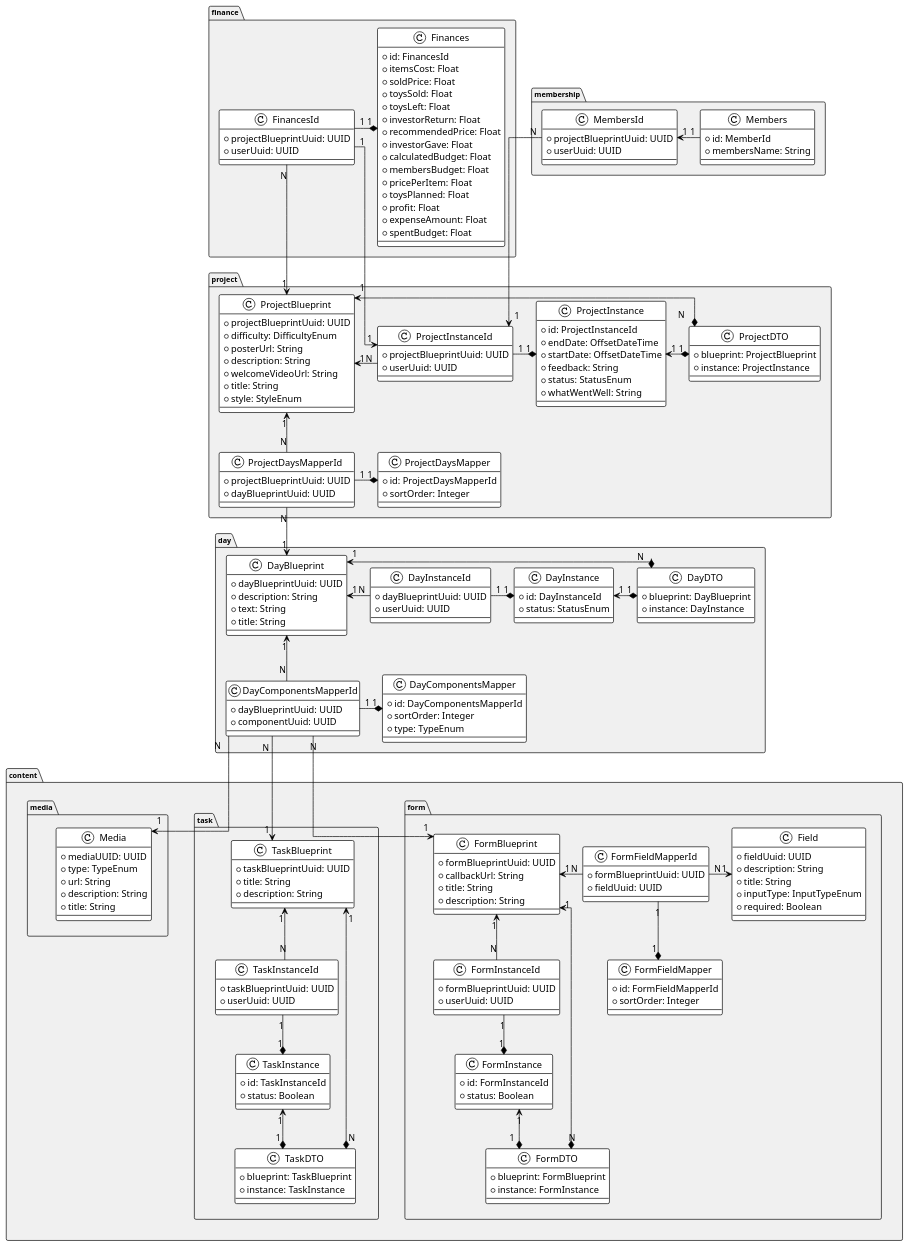
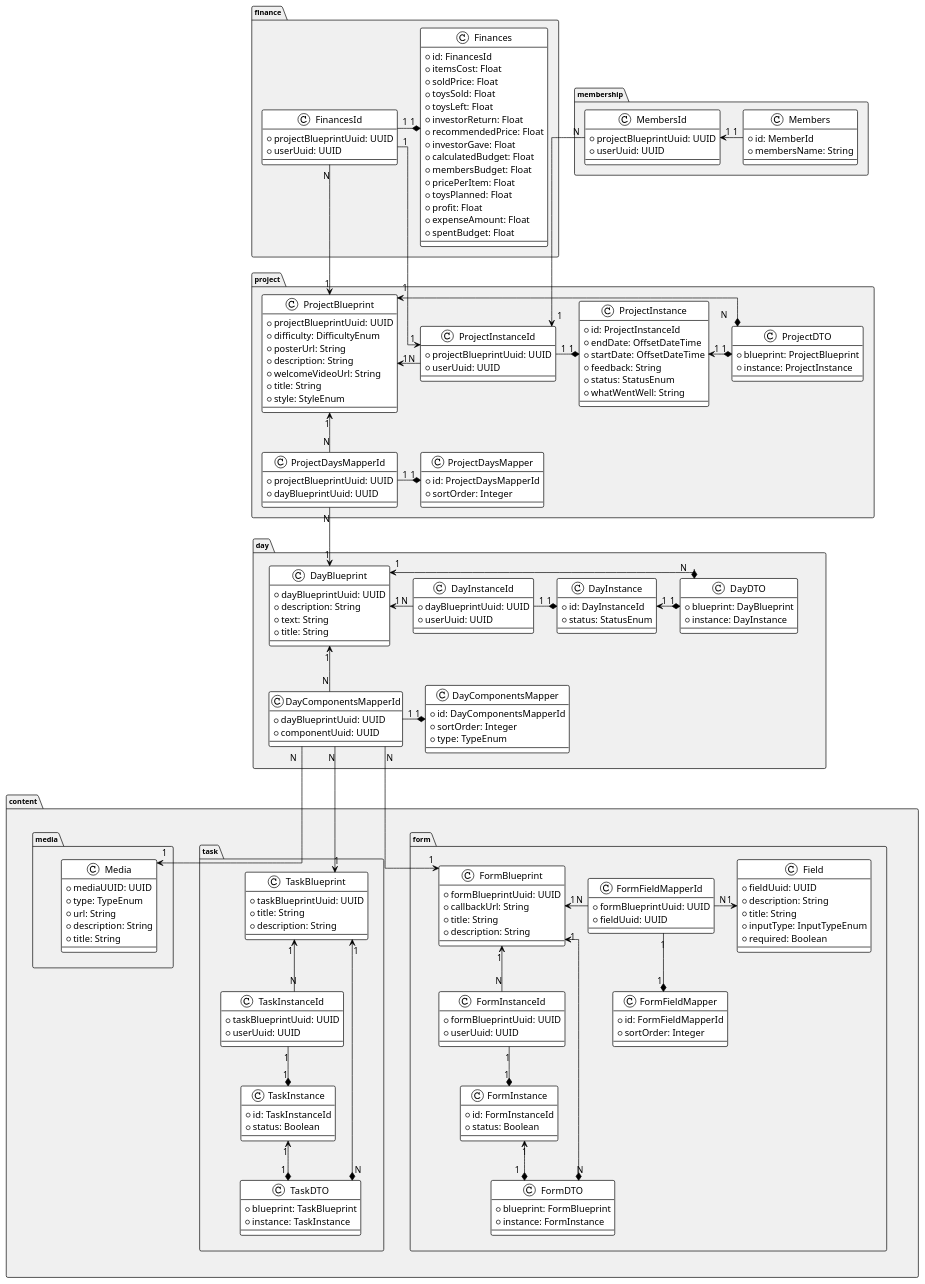
One commit to dmr4eg/la-infrastructure changed the diagram in docs/analysis/classes-diagram/classes-diag.plantuml. Above: the diagram before and after it, drawn with PlantUML. The commit also changed 2 other files, not shown here.

```diff
--- a/docs/analysis/classes-diagram/classes-diag.plantuml
+++ b/docs/analysis/classes-diagram/classes-diag.plantuml
@@ -242,5 +242,7 @@
 
 media -right[hidden]-> task
 task -right[hidden]-> form
+task -right[hidden]-> form
+day -down[hidden]-> content
 
 @enduml
```
